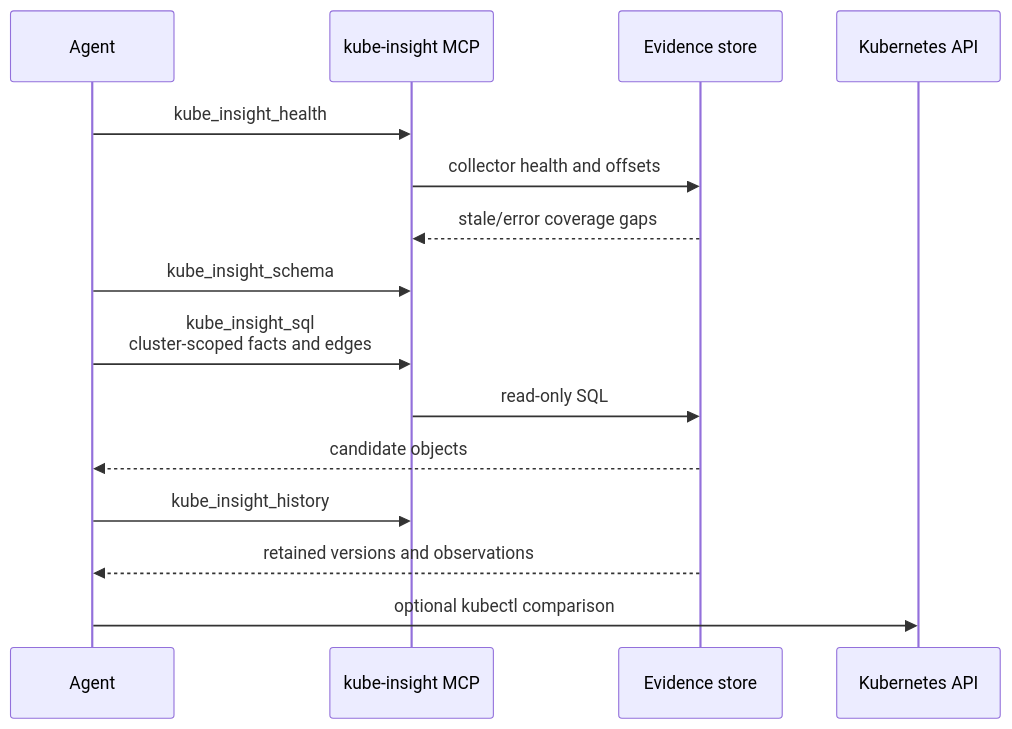
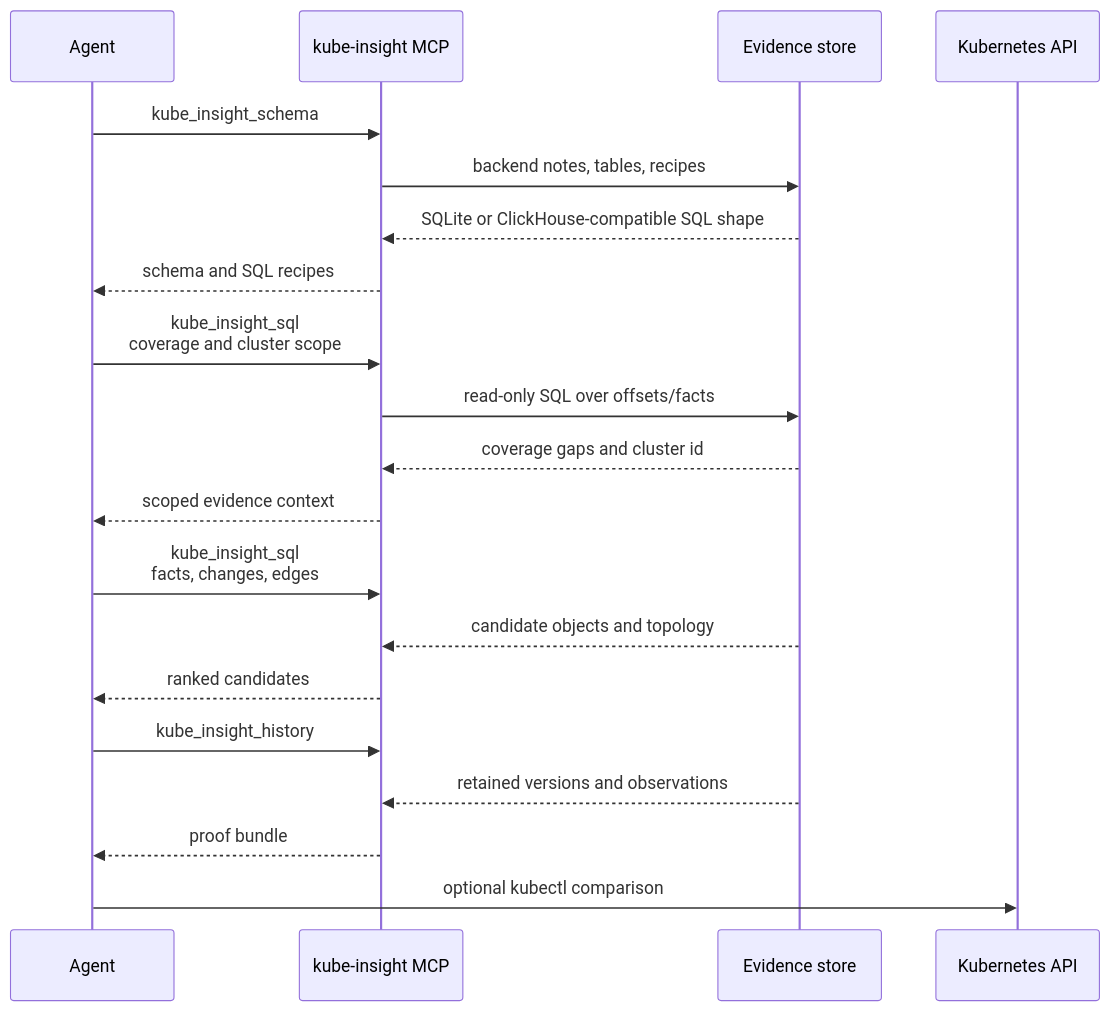
The second of 3 diagrams in README.md (nowakeai/kube-insight), drawn with Mermaid before and after one commit. The commit also changed other lines of this file and 127 other files, not shown here.

````diff
--- a/README.md
+++ b/README.md
@@ -169,18 +206,23 @@
 ```mermaid
 sequenceDiagram
   participant Agent
   participant MCP as kube-insight MCP
   participant DB as Evidence store
   participant Kube as Kubernetes API
 
-  Agent->>MCP: kube_insight_health
-  MCP->>DB: collector health and offsets
-  DB-->>MCP: stale/error coverage gaps
   Agent->>MCP: kube_insight_schema
-  Agent->>MCP: kube_insight_sql<br/>cluster-scoped facts and edges
-  MCP->>DB: read-only SQL
-  DB-->>Agent: candidate objects
+  MCP->>DB: backend notes, tables, recipes
+  DB-->>MCP: SQLite or ClickHouse-compatible SQL shape
+  MCP-->>Agent: schema and SQL recipes
+  Agent->>MCP: kube_insight_sql<br/>coverage and cluster scope
+  MCP->>DB: read-only SQL over offsets/facts
+  DB-->>MCP: coverage gaps and cluster id
+  MCP-->>Agent: scoped evidence context
+  Agent->>MCP: kube_insight_sql<br/>facts, changes, edges
+  DB-->>MCP: candidate objects and topology
+  MCP-->>Agent: ranked candidates
   Agent->>MCP: kube_insight_history
-  DB-->>Agent: retained versions and observations
+  DB-->>MCP: retained versions and observations
+  MCP-->>Agent: proof bundle
   Agent->>Kube: optional kubectl comparison
 ```
````
